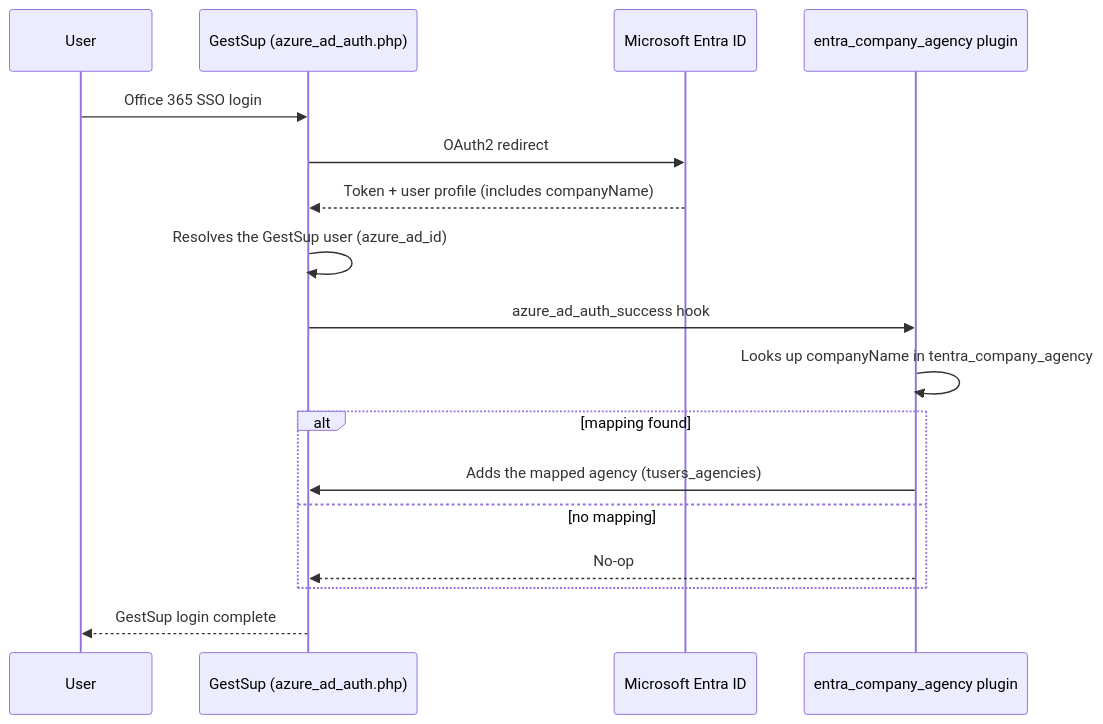
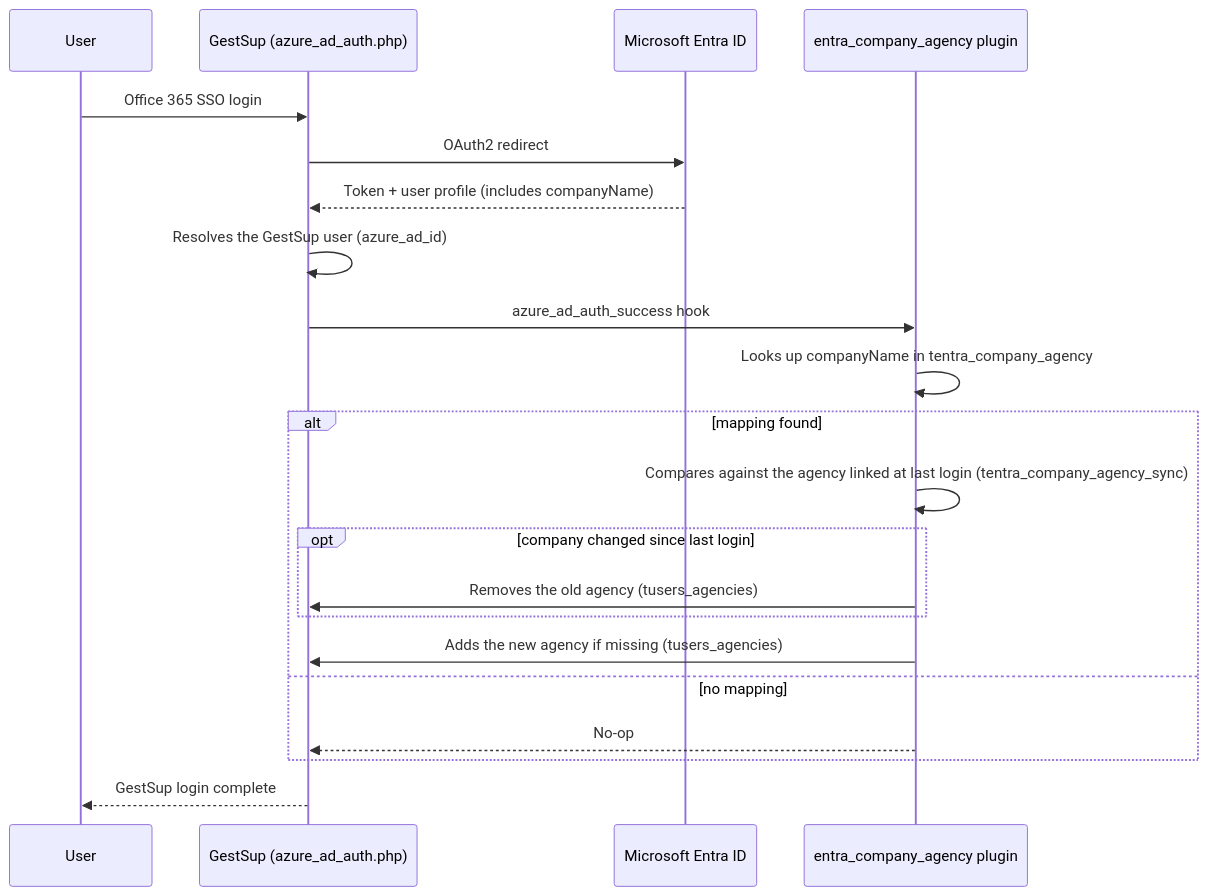
One commit to axolotty/gestsup-entra-company-agency changed the second of 2 diagrams in README.md. Above: the diagram before and after it, drawn with Mermaid. The commit also changed other lines of this file and 5 other files, not shown here.

First line of the commit message:
Track per-user company changes so switching agency doesn't pile up

````diff
--- a/README.md
+++ b/README.md
@@ -265,20 +270,24 @@
 ```mermaid
 sequenceDiagram
     participant U as User
     participant GS as GestSup (azure_ad_auth.php)
     participant MS as Microsoft Entra ID
     participant PL as entra_company_agency plugin
 
     U->>GS: Office 365 SSO login
     GS->>MS: OAuth2 redirect
     MS-->>GS: Token + user profile (includes companyName)
     GS->>GS: Resolves the GestSup user (azure_ad_id)
     GS->>PL: azure_ad_auth_success hook
     PL->>PL: Looks up companyName in tentra_company_agency
     alt mapping found
-        PL->>GS: Adds the mapped agency (tusers_agencies)
+        PL->>PL: Compares against the agency linked at last login (tentra_company_agency_sync)
+        opt company changed since last login
+            PL->>GS: Removes the old agency (tusers_agencies)
+        end
+        PL->>GS: Adds the new agency if missing (tusers_agencies)
     else no mapping
         PL-->>GS: No-op
     end
     GS-->>U: GestSup login complete
 ```
````
